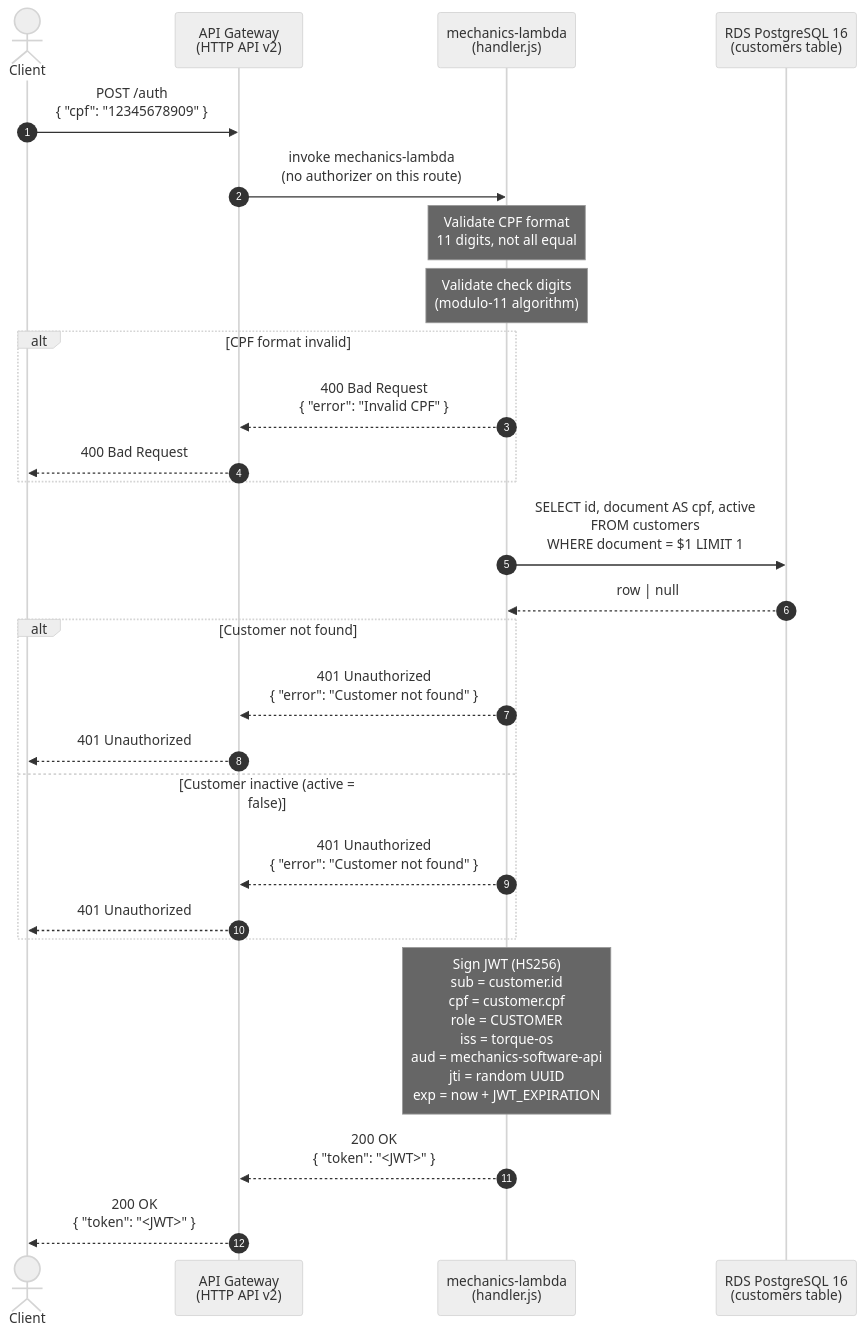
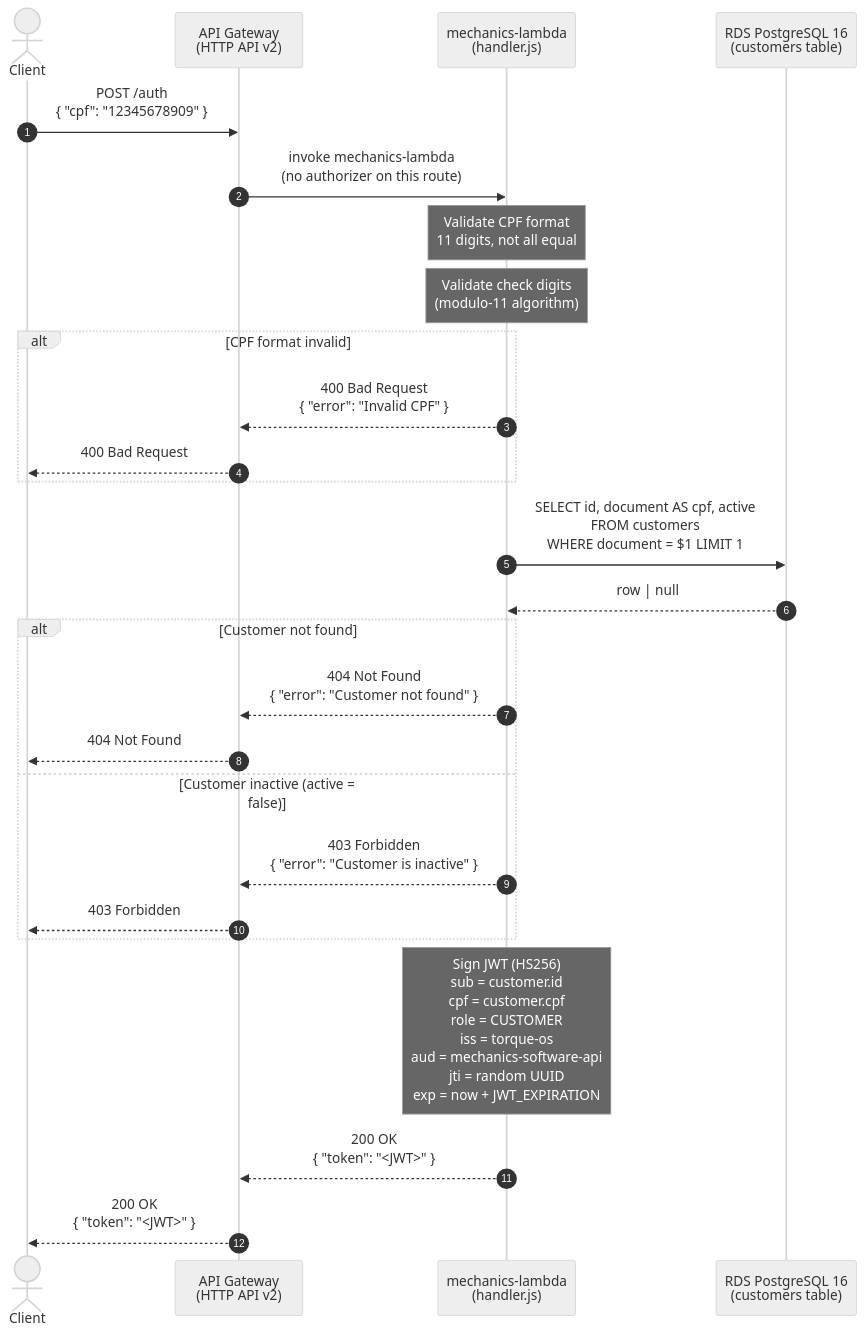
One commit to Torque-OS/mechanics-software changed the first of 2 diagrams in docs/architecture/sequence-cpf-auth.md. Above: the diagram before and after it, drawn with Mermaid (neutral theme). The commit also changed other lines of this file and 3 other files, not shown here.

````diff
--- a/docs/architecture/sequence-cpf-auth.md
+++ b/docs/architecture/sequence-cpf-auth.md
@@ -15,36 +15,36 @@
 ```mermaid
 sequenceDiagram
     autonumber
     actor Client
     participant APIGW  as API Gateway<br/>(HTTP API v2)
     participant Lambda  as mechanics-lambda<br/>(handler.js)
     participant RDS     as RDS PostgreSQL 16<br/>(customers table)
 
     Client->>APIGW: POST /auth<br/>{ "cpf": "12345678909" }
 
     APIGW->>Lambda: invoke mechanics-lambda<br/>(no authorizer on this route)
 
     note over Lambda: Validate CPF format<br/>11 digits, not all equal
     note over Lambda: Validate check digits<br/>(modulo-11 algorithm)
 
     alt CPF format invalid
         Lambda-->>APIGW: 400 Bad Request<br/>{ "error": "Invalid CPF" }
         APIGW-->>Client: 400 Bad Request
     end
 
     Lambda->>RDS: SELECT id, document AS cpf, active<br/>FROM customers<br/>WHERE document = $1 LIMIT 1
     RDS-->>Lambda: row | null
 
     alt Customer not found
-        Lambda-->>APIGW: 401 Unauthorized<br/>{ "error": "Customer not found" }
-        APIGW-->>Client: 401 Unauthorized
+        Lambda-->>APIGW: 404 Not Found<br/>{ "error": "Customer not found" }
+        APIGW-->>Client: 404 Not Found
     else Customer inactive (active = false)
-        Lambda-->>APIGW: 401 Unauthorized<br/>{ "error": "Customer not found" }
-        APIGW-->>Client: 401 Unauthorized
+        Lambda-->>APIGW: 403 Forbidden<br/>{ "error": "Customer is inactive" }
+        APIGW-->>Client: 403 Forbidden
     end
 
     note over Lambda: Sign JWT (HS256)<br/>sub = customer.id<br/>cpf = customer.cpf<br/>role = CUSTOMER<br/>iss = torque-os<br/>aud = mechanics-software-api<br/>jti = random UUID<br/>exp = now + JWT_EXPIRATION
 
     Lambda-->>APIGW: 200 OK<br/>{ "token": "<JWT>" }
     APIGW-->>Client: 200 OK<br/>{ "token": "<JWT>" }
 ```
````
